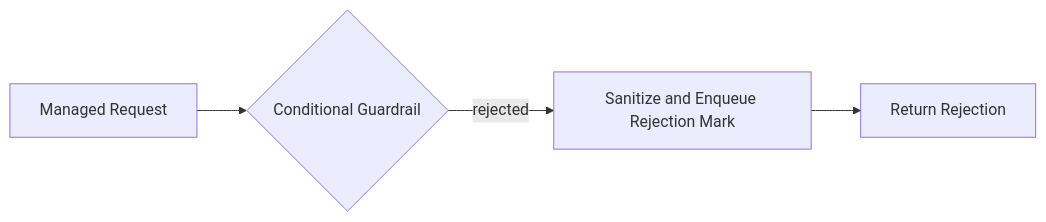
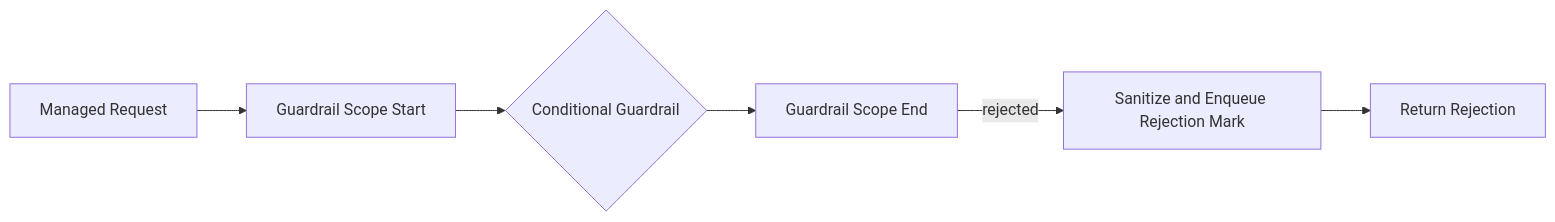
Before and after one commit to NVIDIA/NeMo-Relay: the second of 3 diagrams in docs/about-nemo-relay/concepts/middleware.mdx, drawn with Mermaid. The commit also changed other lines of this file, not shown here.

````diff
--- a/docs/about-nemo-relay/concepts/middleware.mdx
+++ b/docs/about-nemo-relay/concepts/middleware.mdx
@@ -290,9 +292,12 @@
 ```mermaid
 flowchart LR
     Request[Managed Request]
+    GuardrailStart[Guardrail Scope Start]
     Conditional{Conditional Guardrail}
+    GuardrailEnd[Guardrail Scope End]
     Mark[Sanitize and Enqueue Rejection Mark]
     Rejected[Return Rejection]
 
-    Request --> Conditional -->|rejected| Mark --> Rejected
+    Request --> GuardrailStart --> Conditional --> GuardrailEnd
+    GuardrailEnd -->|rejected| Mark --> Rejected
 ```
````
